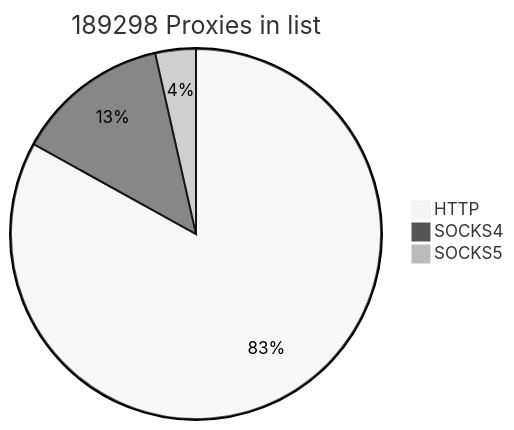
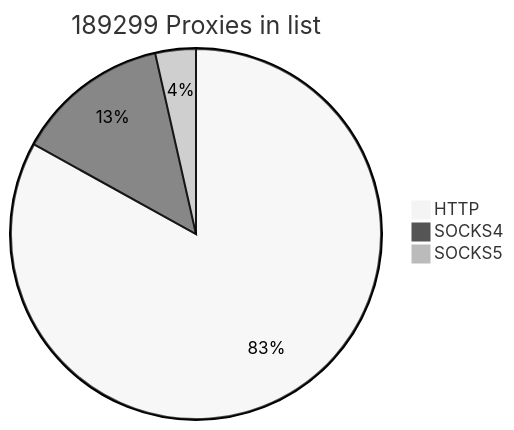
Before and after one commit to cutipu/proxylist: the first of 2 diagrams in README.md, drawn with Mermaid (neutral theme). The commit also changed other lines of this file, not shown here.

````diff
--- a/README.md
+++ b/README.md
@@ -2,7 +2,7 @@
 ```mermaid
-pie title 189298 Proxies in list
+pie title 189299 Proxies in list
     "HTTP" : 157200
-    "SOCKS4" : 25396
+    "SOCKS4" : 25397
     "SOCKS5" : 6702
             
 ```
````
